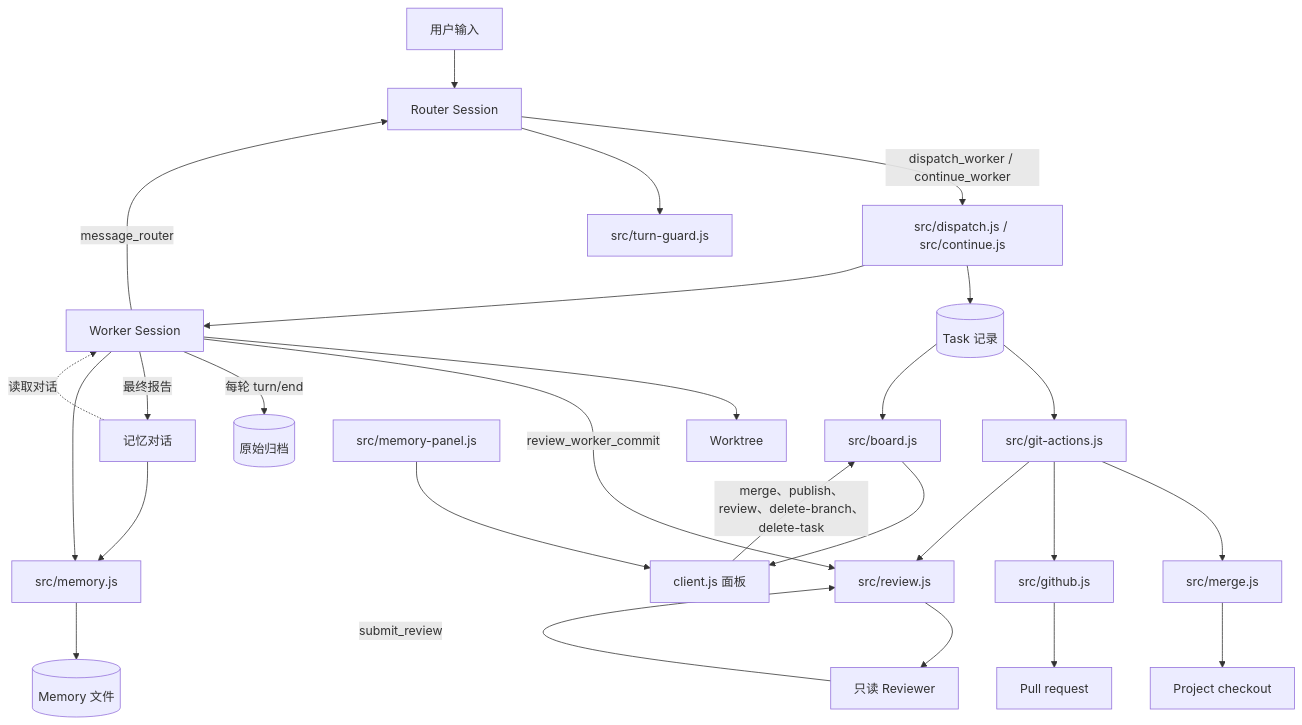
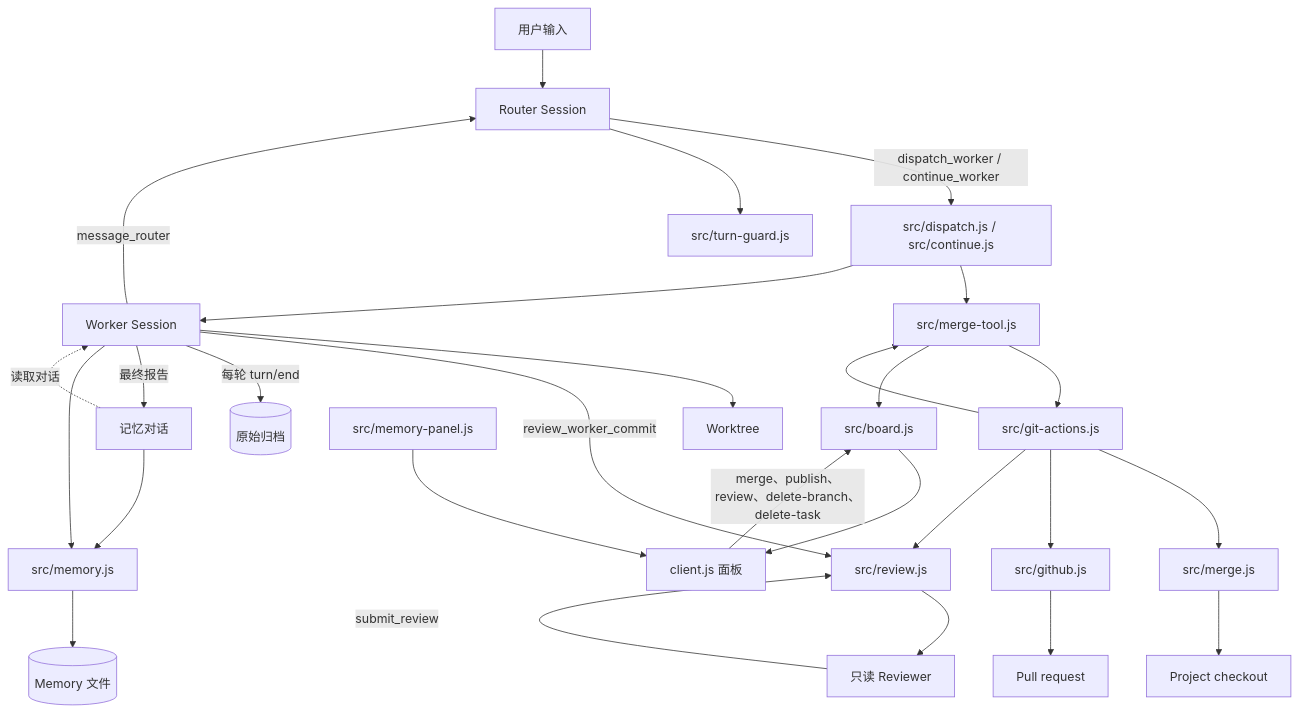
One commit to LMQ00/superagent-lite changed the diagram in docs/007-architecture.md. Above: the diagram before and after it, drawn with Mermaid. The commit also changed other lines of this file and 25 other files, not shown here.

````diff
--- a/docs/007-architecture.md
+++ b/docs/007-architecture.md
@@ -9,29 +9,30 @@
 ```mermaid
 flowchart TB
   U[用户输入] --> R[Router Session]
   R -->|dispatch_worker / continue_worker| D[src/dispatch.js / src/continue.js]
   D --> T[(Task 记录)]
   D --> W[Worker Session]
   W --> WT[Worktree]
   W -->|review_worker_commit| RV[src/review.js]
   RV --> HR[只读 Reviewer]
   HR -->|submit_review| RV
   W -->|message_router| R
   T --> G[src/git-actions.js]
   G --> M[src/merge.js]
+  G --> T[src/merge-tool.js]
   G --> GH[src/github.js]
   G --> RV
   M --> P[Project checkout]
   GH --> PR[Pull request]
   T --> B[src/board.js]
   B --> C[client.js 面板]
   C -->|merge、publish、review、delete-branch、delete-task| B
   MP[src/memory-panel.js] --> C
   R --> TG[src/turn-guard.js]
   W -->|每轮 turn/end| RA[(原始归档)]
   W -->|最终报告| ME[记忆对话]
   ME -.->|读取对话| W
   ME --> MS[src/memory.js]
   W --> MS
   MS --> MF[(Memory 文件)]
 ```
````
